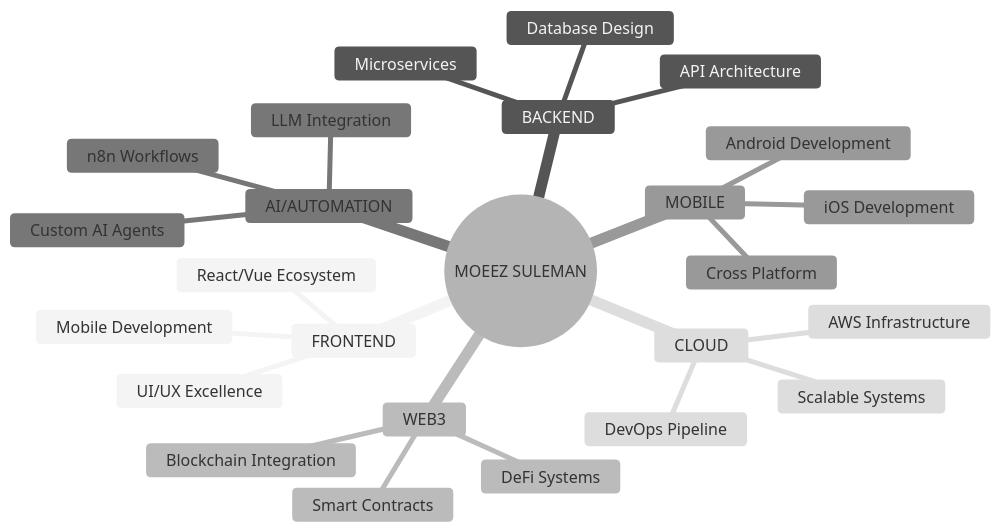
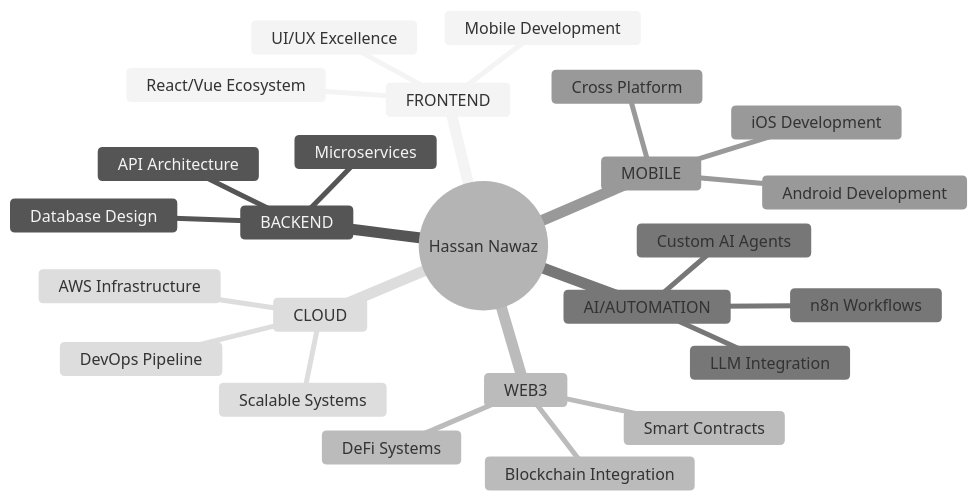
Before and after one commit to Hassan663/hassan663: the diagram in README.md, drawn with Mermaid (neutral theme). The commit also changed other lines of this file, not shown here.

````diff
--- a/README.md
+++ b/README.md
@@ -104,28 +104,28 @@
 ```mermaid
 mindmap
-  root((MOEEZ SULEMAN))
+  root((Hassan Nawaz))
     FRONTEND
       React/Vue Ecosystem
       Mobile Development
       UI/UX Excellence
     BACKEND
       API Architecture
       Database Design
       Microservices
     WEB3
       Smart Contracts
       DeFi Systems
       Blockchain Integration
     AI/AUTOMATION
       n8n Workflows
       LLM Integration
       Custom AI Agents
     MOBILE
       iOS Development
       Android Development
       Cross Platform
     CLOUD
       AWS Infrastructure
       DevOps Pipeline
       Scalable Systems
 ```
````
